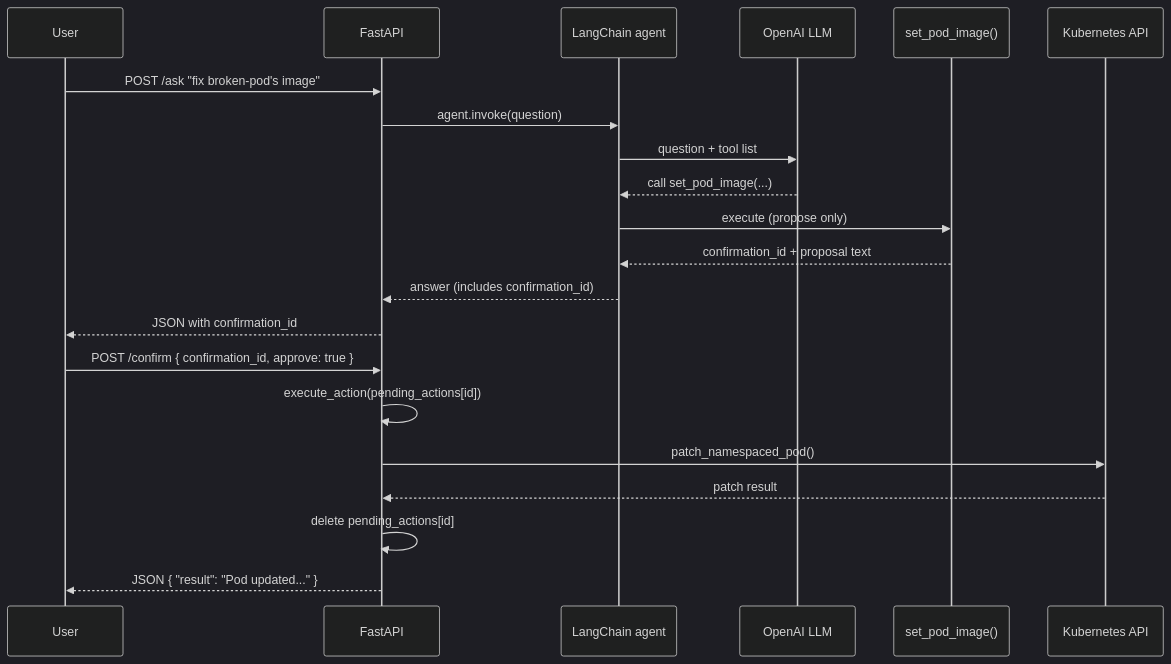
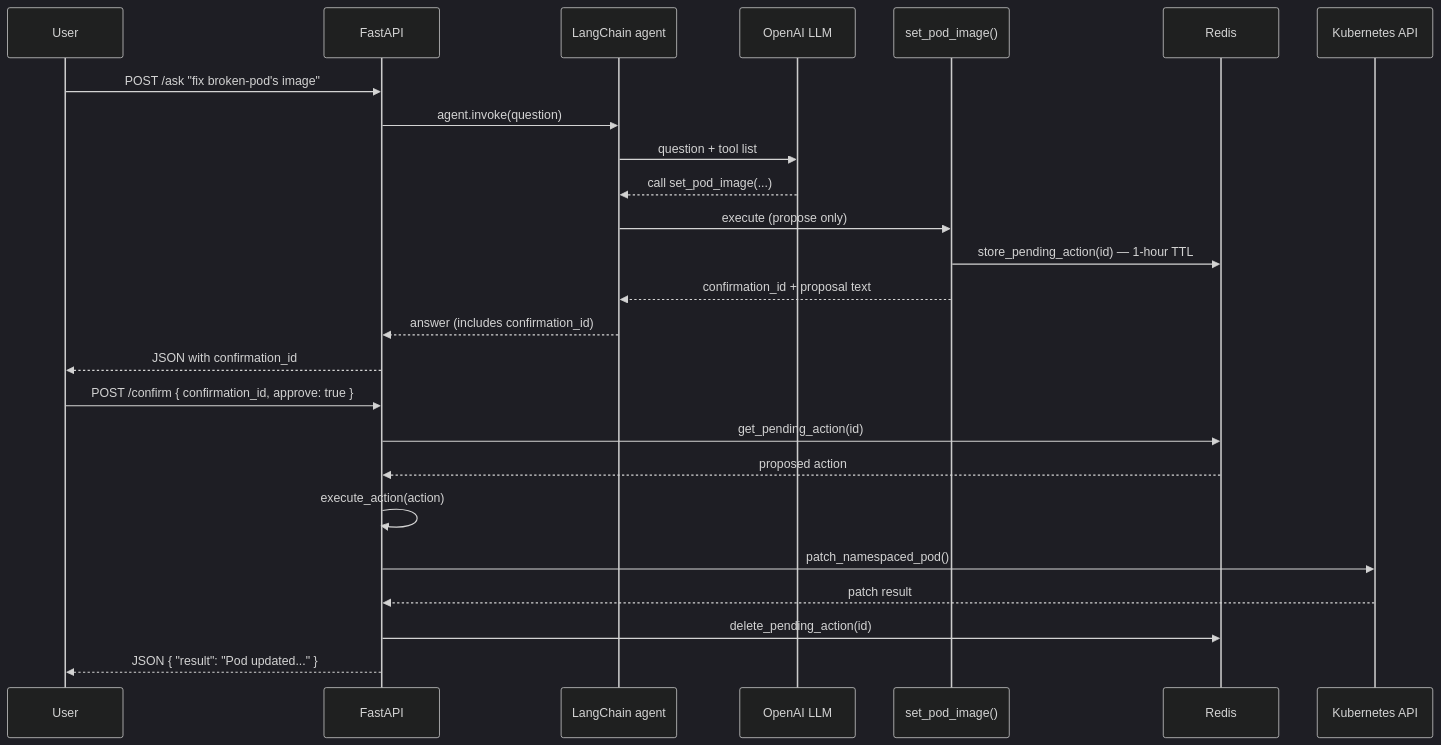
Before and after one commit to arunadevi-ce-ai/infra-copilot-agent: the second of 2 diagrams in README.md, drawn with Mermaid (dark theme). The commit also changed other lines of this file and 2 other files, not shown here.

First line of the commit message:
docs: update README for Redis approval store and real repo layout

````diff
--- a/README.md
+++ b/README.md
@@ -62,24 +63,28 @@
 ```mermaid
 sequenceDiagram
     participant U as User
     participant API as FastAPI
     participant Agent as LangChain agent
     participant LLM as OpenAI LLM
     participant Tool as set_pod_image()
+    participant R as Redis
     participant K8s as Kubernetes API
 
     U->>API: POST /ask "fix broken-pod's image"
     API->>Agent: agent.invoke(question)
     Agent->>LLM: question + tool list
     LLM-->>Agent: call set_pod_image(...)
     Agent->>Tool: execute (propose only)
+    Tool->>R: store_pending_action(id) — 1-hour TTL
     Tool-->>Agent: confirmation_id + proposal text
     Agent-->>API: answer (includes confirmation_id)
     API-->>U: JSON with confirmation_id
     U->>API: POST /confirm { confirmation_id, approve: true }
-    API->>API: execute_action(pending_actions[id])
+    API->>R: get_pending_action(id)
+    R-->>API: proposed action
+    API->>API: execute_action(action)
     API->>K8s: patch_namespaced_pod()
     K8s-->>API: patch result
-    API->>API: delete pending_actions[id]
+    API->>R: delete_pending_action(id)
     API-->>U: JSON { "result": "Pod updated..." }
 ```
````
